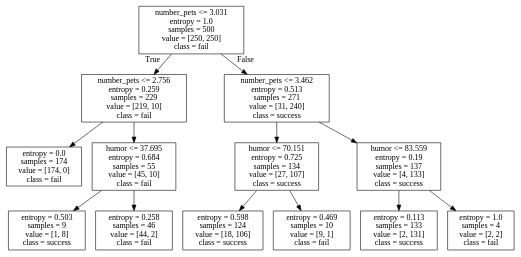
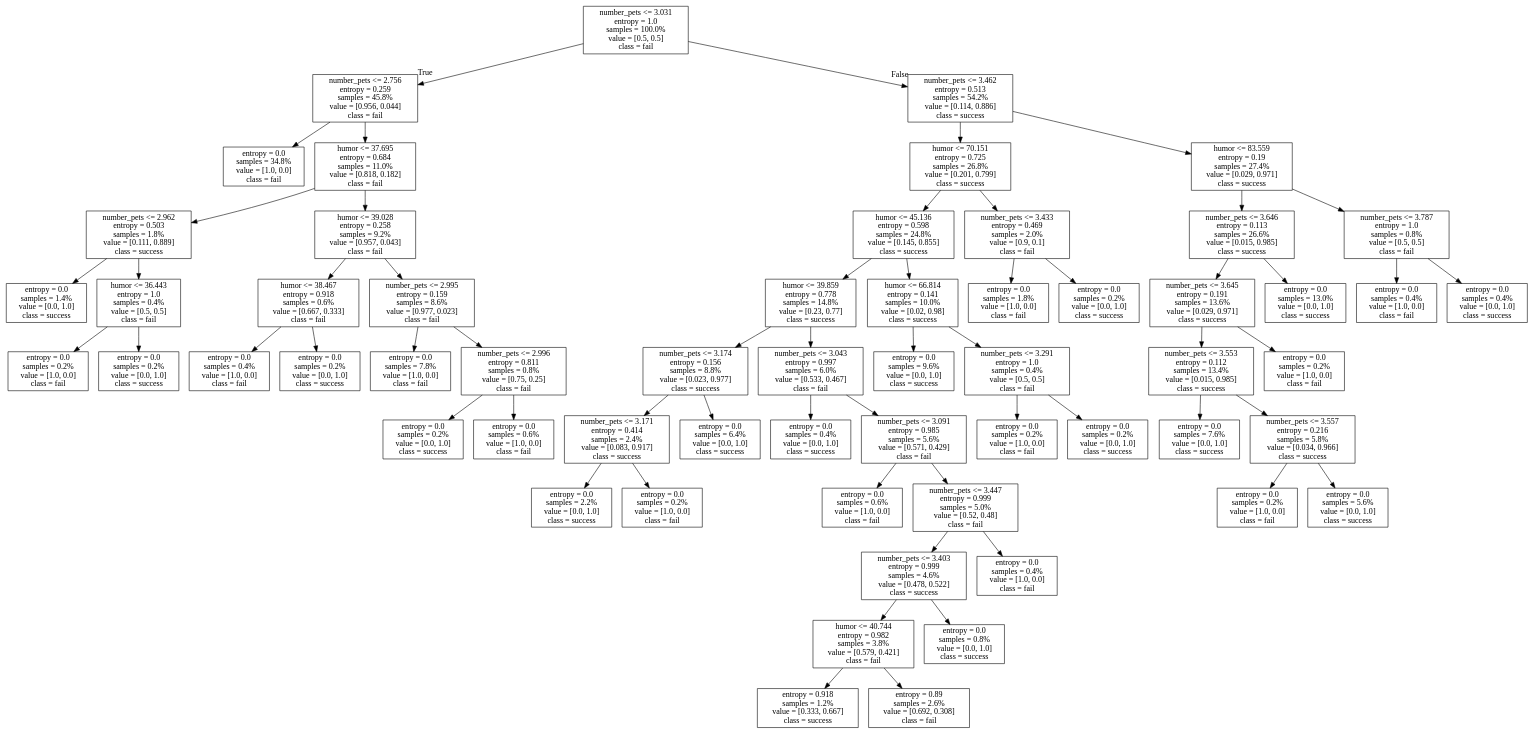
One commit to nicholasg3/Spring2017_ProfFosterProvost changed the diagram in Module2_Supervised/images/tree.dot. Above: the diagram before and after it, drawn with Graphviz. The commit also changed 10 other files, not shown here.

```diff
--- a/Module2_Supervised/images/tree.dot
+++ b/Module2_Supervised/images/tree.dot
@@ -1,28 +1,120 @@
 digraph Tree {
 node [shape=box] ;
-0 [label="number_pets <= 3.031\nentropy = 1.0\nsamples = 500\nvalue = [250, 250]\nclass = fail"] ;
-1 [label="number_pets <= 2.756\nentropy = 0.259\nsamples = 229\nvalue = [219, 10]\nclass = fail"] ;
+0 [label="number_pets <= 3.031\nentropy = 1.0\nsamples = 100.0%\nvalue = [0.5, 0.5]\nclass = fail"] ;
+1 [label="number_pets <= 2.756\nentropy = 0.259\nsamples = 45.8%\nvalue = [0.956, 0.044]\nclass = fail"] ;
 0 -> 1 [labeldistance=2.5, labelangle=45, headlabel="True"] ;
-2 [label="entropy = 0.0\nsamples = 174\nvalue = [174, 0]\nclass = fail"] ;
+2 [label="entropy = 0.0\nsamples = 34.8%\nvalue = [1.0, 0.0]\nclass = fail"] ;
 1 -> 2 ;
-3 [label="humor <= 37.695\nentropy = 0.684\nsamples = 55\nvalue = [45, 10]\nclass = fail"] ;
+3 [label="humor <= 37.695\nentropy = 0.684\nsamples = 11.0%\nvalue = [0.818, 0.182]\nclass = fail"] ;
 1 -> 3 ;
-4 [label="entropy = 0.503\nsamples = 9\nvalue = [1, 8]\nclass = success"] ;
+4 [label="number_pets <= 2.962\nentropy = 0.503\nsamples = 1.8%\nvalue = [0.111, 0.889]\nclass = success"] ;
 3 -> 4 ;
-5 [label="entropy = 0.258\nsamples = 46\nvalue = [44, 2]\nclass = fail"] ;
-3 -> 5 ;
-6 [label="number_pets <= 3.462\nentropy = 0.513\nsamples = 271\nvalue = [31, 240]\nclass = success"] ;
-0 -> 6 [labeldistance=2.5, labelangle=-45, headlabel="False"] ;
-7 [label="humor <= 70.151\nentropy = 0.725\nsamples = 134\nvalue = [27, 107]\nclass = success"] ;
+5 [label="entropy = 0.0\nsamples = 1.4%\nvalue = [0.0, 1.0]\nclass = success"] ;
+4 -> 5 ;
+6 [label="humor <= 36.443\nentropy = 1.0\nsamples = 0.4%\nvalue = [0.5, 0.5]\nclass = fail"] ;
+4 -> 6 ;
+7 [label="entropy = 0.0\nsamples = 0.2%\nvalue = [1.0, 0.0]\nclass = fail"] ;
 6 -> 7 ;
-8 [label="entropy = 0.598\nsamples = 124\nvalue = [18, 106]\nclass = success"] ;
-7 -> 8 ;
-9 [label="entropy = 0.469\nsamples = 10\nvalue = [9, 1]\nclass = fail"] ;
-7 -> 9 ;
-10 [label="humor <= 83.559\nentropy = 0.19\nsamples = 137\nvalue = [4, 133]\nclass = success"] ;
-6 -> 10 ;
-11 [label="entropy = 0.113\nsamples = 133\nvalue = [2, 131]\nclass = success"] ;
+8 [label="entropy = 0.0\nsamples = 0.2%\nvalue = [0.0, 1.0]\nclass = success"] ;
+6 -> 8 ;
+9 [label="humor <= 39.028\nentropy = 0.258\nsamples = 9.2%\nvalue = [0.957, 0.043]\nclass = fail"] ;
+3 -> 9 ;
+10 [label="humor <= 38.467\nentropy = 0.918\nsamples = 0.6%\nvalue = [0.667, 0.333]\nclass = fail"] ;
+9 -> 10 ;
+11 [label="entropy = 0.0\nsamples = 0.4%\nvalue = [1.0, 0.0]\nclass = fail"] ;
 10 -> 11 ;
-12 [label="entropy = 1.0\nsamples = 4\nvalue = [2, 2]\nclass = fail"] ;
+12 [label="entropy = 0.0\nsamples = 0.2%\nvalue = [0.0, 1.0]\nclass = success"] ;
 10 -> 12 ;
+13 [label="number_pets <= 2.995\nentropy = 0.159\nsamples = 8.6%\nvalue = [0.977, 0.023]\nclass = fail"] ;
+9 -> 13 ;
+14 [label="entropy = 0.0\nsamples = 7.8%\nvalue = [1.0, 0.0]\nclass = fail"] ;
+13 -> 14 ;
+15 [label="number_pets <= 2.996\nentropy = 0.811\nsamples = 0.8%\nvalue = [0.75, 0.25]\nclass = fail"] ;
+13 -> 15 ;
+16 [label="entropy = 0.0\nsamples = 0.2%\nvalue = [0.0, 1.0]\nclass = success"] ;
+15 -> 16 ;
+17 [label="entropy = 0.0\nsamples = 0.6%\nvalue = [1.0, 0.0]\nclass = fail"] ;
+15 -> 17 ;
+18 [label="number_pets <= 3.462\nentropy = 0.513\nsamples = 54.2%\nvalue = [0.114, 0.886]\nclass = success"] ;
+0 -> 18 [labeldistance=2.5, labelangle=-45, headlabel="False"] ;
+19 [label="humor <= 70.151\nentropy = 0.725\nsamples = 26.8%\nvalue = [0.201, 0.799]\nclass = success"] ;
+18 -> 19 ;
+20 [label="humor <= 45.136\nentropy = 0.598\nsamples = 24.8%\nvalue = [0.145, 0.855]\nclass = success"] ;
+19 -> 20 ;
+21 [label="humor <= 39.859\nentropy = 0.778\nsamples = 14.8%\nvalue = [0.23, 0.77]\nclass = success"] ;
+20 -> 21 ;
+22 [label="number_pets <= 3.174\nentropy = 0.156\nsamples = 8.8%\nvalue = [0.023, 0.977]\nclass = success"] ;
+21 -> 22 ;
+23 [label="number_pets <= 3.171\nentropy = 0.414\nsamples = 2.4%\nvalue = [0.083, 0.917]\nclass = success"] ;
+22 -> 23 ;
+24 [label="entropy = 0.0\nsamples = 2.2%\nvalue = [0.0, 1.0]\nclass = success"] ;
+23 -> 24 ;
+25 [label="entropy = 0.0\nsamples = 0.2%\nvalue = [1.0, 0.0]\nclass = fail"] ;
+23 -> 25 ;
+26 [label="entropy = 0.0\nsamples = 6.4%\nvalue = [0.0, 1.0]\nclass = success"] ;
+22 -> 26 ;
+27 [label="number_pets <= 3.043\nentropy = 0.997\nsamples = 6.0%\nvalue = [0.533, 0.467]\nclass = fail"] ;
+21 -> 27 ;
+28 [label="entropy = 0.0\nsamples = 0.4%\nvalue = [0.0, 1.0]\nclass = success"] ;
+27 -> 28 ;
+29 [label="number_pets <= 3.091\nentropy = 0.985\nsamples = 5.6%\nvalue = [0.571, 0.429]\nclass = fail"] ;
+27 -> 29 ;
+30 [label="entropy = 0.0\nsamples = 0.6%\nvalue = [1.0, 0.0]\nclass = fail"] ;
+29 -> 30 ;
+31 [label="number_pets <= 3.447\nentropy = 0.999\nsamples = 5.0%\nvalue = [0.52, 0.48]\nclass = fail"] ;
+29 -> 31 ;
+32 [label="number_pets <= 3.403\nentropy = 0.999\nsamples = 4.6%\nvalue = [0.478, 0.522]\nclass = success"] ;
+31 -> 32 ;
+33 [label="humor <= 40.744\nentropy = 0.982\nsamples = 3.8%\nvalue = [0.579, 0.421]\nclass = fail"] ;
+32 -> 33 ;
+34 [label="entropy = 0.918\nsamples = 1.2%\nvalue = [0.333, 0.667]\nclass = success"] ;
+33 -> 34 ;
+35 [label="entropy = 0.89\nsamples = 2.6%\nvalue = [0.692, 0.308]\nclass = fail"] ;
+33 -> 35 ;
+36 [label="entropy = 0.0\nsamples = 0.8%\nvalue = [0.0, 1.0]\nclass = success"] ;
+32 -> 36 ;
+37 [label="entropy = 0.0\nsamples = 0.4%\nvalue = [1.0, 0.0]\nclass = fail"] ;
+31 -> 37 ;
+38 [label="humor <= 66.814\nentropy = 0.141\nsamples = 10.0%\nvalue = [0.02, 0.98]\nclass = success"] ;
+20 -> 38 ;
+39 [label="entropy = 0.0\nsamples = 9.6%\nvalue = [0.0, 1.0]\nclass = success"] ;
+38 -> 39 ;
+40 [label="number_pets <= 3.291\nentropy = 1.0\nsamples = 0.4%\nvalue = [0.5, 0.5]\nclass = fail"] ;
+38 -> 40 ;
+41 [label="entropy = 0.0\nsamples = 0.2%\nvalue = [1.0, 0.0]\nclass = fail"] ;
+40 -> 41 ;
+42 [label="entropy = 0.0\nsamples = 0.2%\nvalue = [0.0, 1.0]\nclass = success"] ;
+40 -> 42 ;
+43 [label="number_pets <= 3.433\nentropy = 0.469\nsamples = 2.0%\nvalue = [0.9, 0.1]\nclass = fail"] ;
+19 -> 43 ;
+44 [label="entropy = 0.0\nsamples = 1.8%\nvalue = [1.0, 0.0]\nclass = fail"] ;
+43 -> 44 ;
+45 [label="entropy = 0.0\nsamples = 0.2%\nvalue = [0.0, 1.0]\nclass = success"] ;
+43 -> 45 ;
+46 [label="humor <= 83.559\nentropy = 0.19\nsamples = 27.4%\nvalue = [0.029, 0.971]\nclass = success"] ;
+18 -> 46 ;
+47 [label="number_pets <= 3.646\nentropy = 0.113\nsamples = 26.6%\nvalue = [0.015, 0.985]\nclass = success"] ;
+46 -> 47 ;
+48 [label="number_pets <= 3.645\nentropy = 0.191\nsamples = 13.6%\nvalue = [0.029, 0.971]\nclass = success"] ;
+47 -> 48 ;
+49 [label="number_pets <= 3.553\nentropy = 0.112\nsamples = 13.4%\nvalue = [0.015, 0.985]\nclass = success"] ;
+48 -> 49 ;
+50 [label="entropy = 0.0\nsamples = 7.6%\nvalue = [0.0, 1.0]\nclass = success"] ;
+49 -> 50 ;
+51 [label="number_pets <= 3.557\nentropy = 0.216\nsamples = 5.8%\nvalue = [0.034, 0.966]\nclass = success"] ;
+49 -> 51 ;
+52 [label="entropy = 0.0\nsamples = 0.2%\nvalue = [1.0, 0.0]\nclass = fail"] ;
+51 -> 52 ;
+53 [label="entropy = 0.0\nsamples = 5.6%\nvalue = [0.0, 1.0]\nclass = success"] ;
+51 -> 53 ;
+54 [label="entropy = 0.0\nsamples = 0.2%\nvalue = [1.0, 0.0]\nclass = fail"] ;
+48 -> 54 ;
+55 [label="entropy = 0.0\nsamples = 13.0%\nvalue = [0.0, 1.0]\nclass = success"] ;
+47 -> 55 ;
+56 [label="number_pets <= 3.787\nentropy = 1.0\nsamples = 0.8%\nvalue = [0.5, 0.5]\nclass = fail"] ;
+46 -> 56 ;
+57 [label="entropy = 0.0\nsamples = 0.4%\nvalue = [1.0, 0.0]\nclass = fail"] ;
+56 -> 57 ;
+58 [label="entropy = 0.0\nsamples = 0.4%\nvalue = [0.0, 1.0]\nclass = success"] ;
+56 -> 58 ;
 }
```
